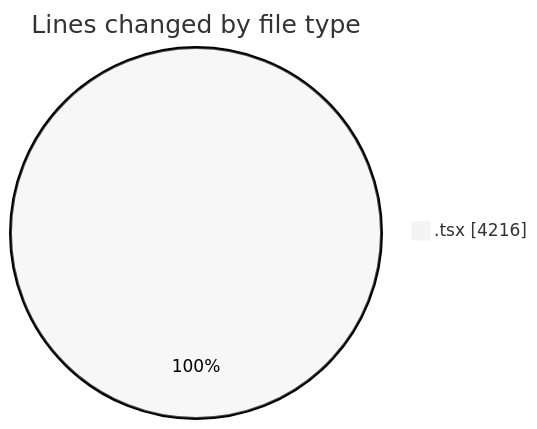
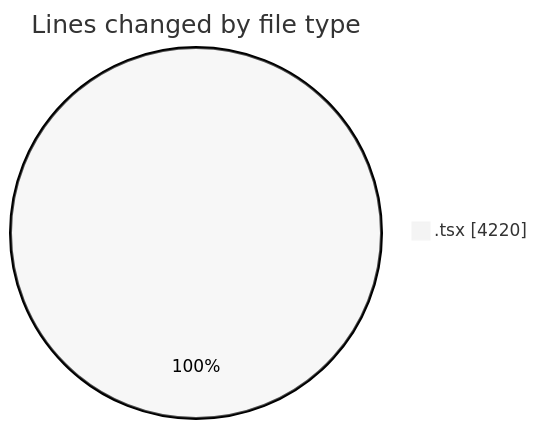
The first of 2 diagrams in 2026-03-05/nxtqube_webapp/README.md (nxtqubesakshisongat/code-tracking), drawn with Mermaid (neutral theme) before and after one commit. The commit also changed other lines of this file and 1 other file, not shown here.

````diff
--- a/2026-03-05/nxtqube_webapp/README.md
+++ b/2026-03-05/nxtqube_webapp/README.md
@@ -23,5 +23,5 @@
 ```mermaid
 pie showData
 title Lines changed by file type
-".tsx" : 4216
+".tsx" : 4220
 ```
````
